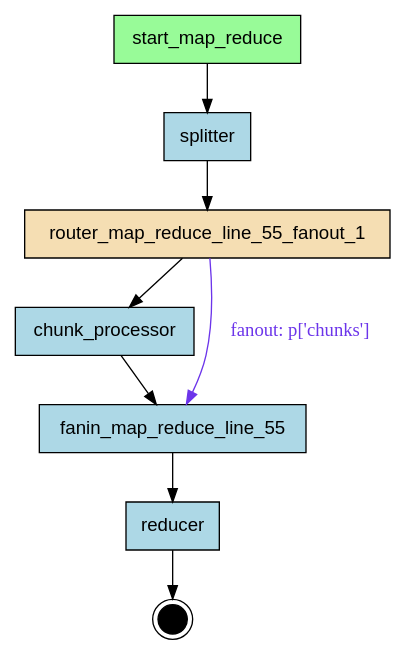
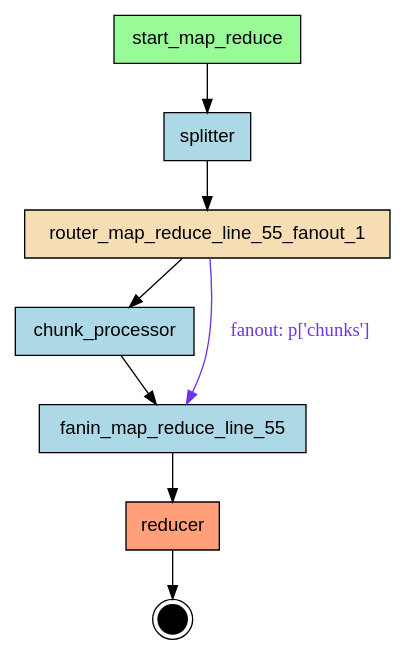
Before and after one commit to deliveryhero/asya: the diagram in examples/flows/agentic/compiled/map_reduce/flow.dot, drawn with Graphviz. The commit also changed 263 other files, not shown here.

Commit message:
refactor(compiler): rename flow_role->role, is_generated->generated; add two-label manifest system (asya.sh/role + asya.sh/generated)

```diff
--- a/examples/flows/agentic/compiled/map_reduce/flow.dot
+++ b/examples/flows/agentic/compiled/map_reduce/flow.dot
@@ -1,23 +1,23 @@
 digraph "map_reduce" {
     rankdir=TB;
     node [shape=box, style=filled, fontname="Helvetica"];
 
     { rank=source; start_map_reduce; }
 
     chunk_processor [label="chunk_processor", fillcolor=lightblue];
     fanin_map_reduce_line_55 [label="fanin_map_reduce_line_55", fillcolor=lightblue];
-    reducer [label="reducer", fillcolor=lightblue];
+    reducer [label="reducer", fillcolor=lightsalmon];
     router_map_reduce_line_55_fanout_1 [label="router_map_reduce_line_55_fanout_1", fillcolor=wheat];
     splitter [label="splitter", fillcolor=lightblue];
     start_map_reduce [label="start_map_reduce", fillcolor=palegreen];
 
     __end__ [label="", shape=doublecircle, fillcolor=black, width=0.3, fixedsize=true];
 
     start_map_reduce -> splitter;
     splitter -> router_map_reduce_line_55_fanout_1;
     router_map_reduce_line_55_fanout_1 -> fanin_map_reduce_line_55 [label="fanout: p['chunks']", color="#6C35EA", fontcolor="#6C35EA"];
     fanin_map_reduce_line_55 -> reducer;
     router_map_reduce_line_55_fanout_1 -> chunk_processor;
     chunk_processor -> fanin_map_reduce_line_55;
     reducer -> __end__;
 }
```
